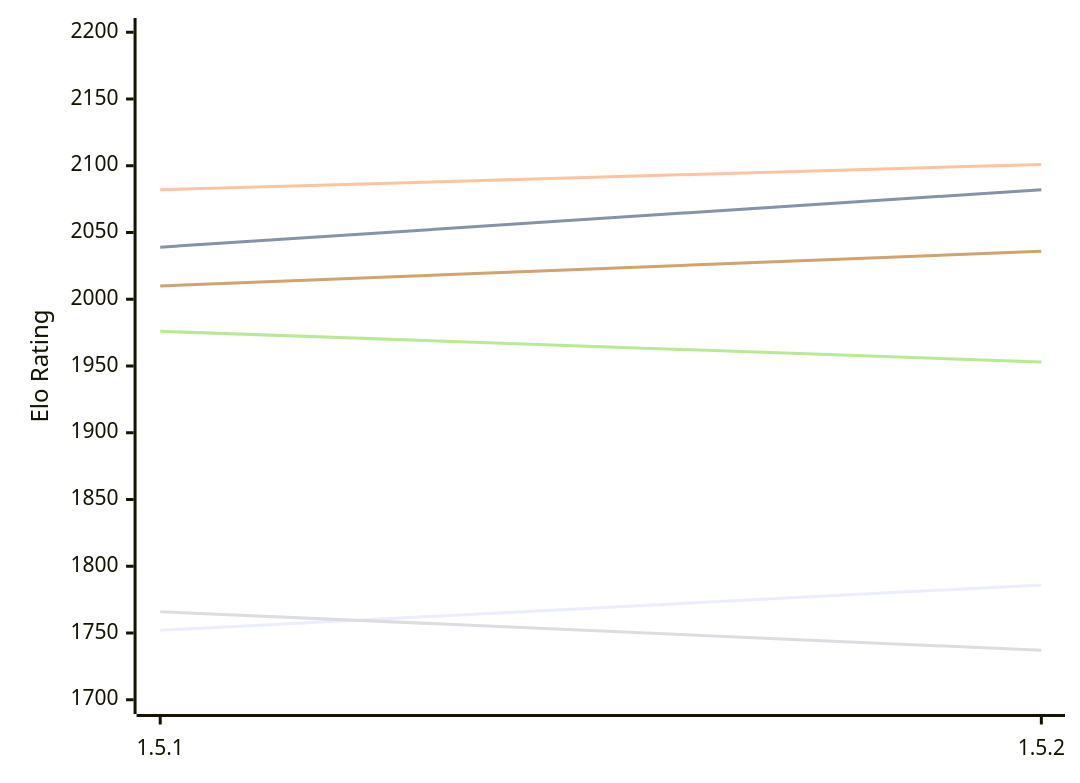
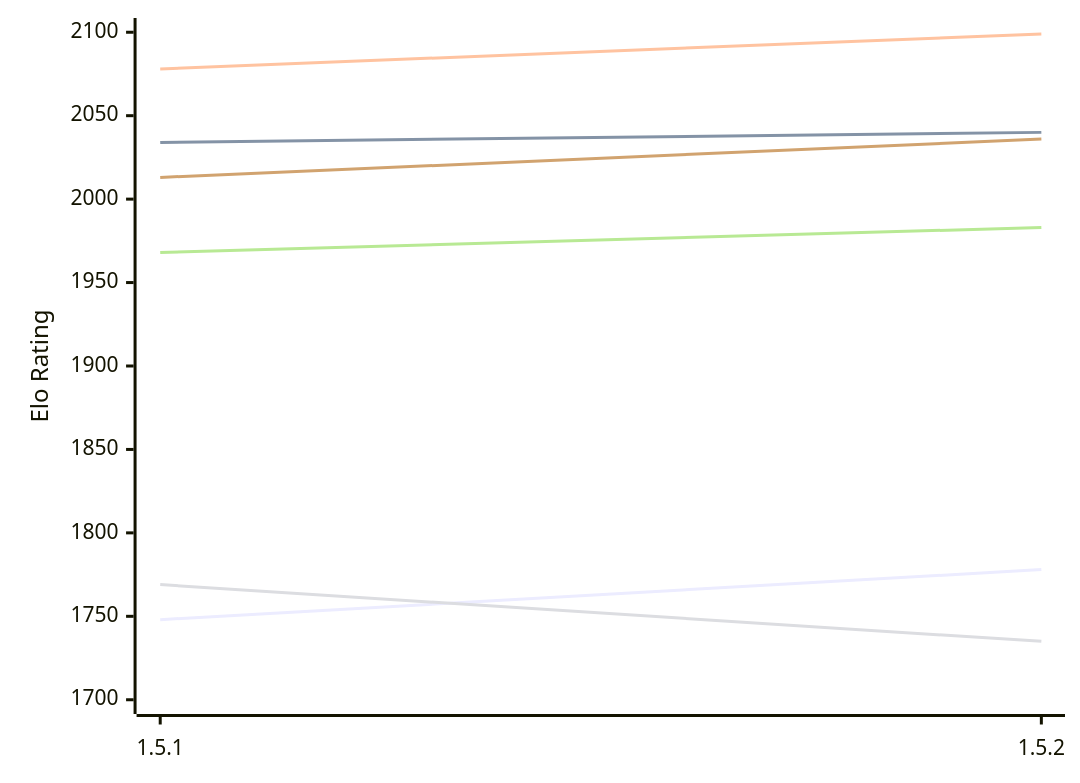
The diagram in engines/Jace.md (computer-chess-index/cci), drawn with Mermaid before and after one commit. The commit also changed other lines of this file, not shown here.

Commit message:
Update CCI Ratings (ELO VLTC) - 2026-11-21

````diff
--- a/engines/Jace.md
+++ b/engines/Jace.md
@@ -49,12 +49,12 @@
 ```mermaid
 %%{init: {"theme":"base","themeVariables":{"seriesColors:['#a3a3a3','#222221','#faa371']}}}%%
 xychart-beta
   x-axis ["1.5.1", "1.5.2"]
-  y-axis "Elo Rating" 1700 --> 2200
-  line "E1: STC (8.0+0.08s)" [1752, 1786]
-  line "E1: LTC (60.0+0.60s)" [2039, 2082]
-  line "E1: VLTC (2m24s+1.12s)" [2082, 2101]
-  line "P1: STC (8.0+0.08s)" [1766, 1737]
-  line "P1: LTC (60.0+0.60s)" [1976, 1953]
-  line "P1: VLTC (2m24s+1.12s)" [2010, 2036]
+  y-axis "Elo Rating" 1700 --> 2100
+  line "E1: STC (8.0+0.08s)" [1748, 1778]
+  line "E1: LTC (60.0+0.60s)" [2034, 2040]
+  line "E1: VLTC (2m24s+1.12s)" [2078, 2099]
+  line "P1: STC (8.0+0.08s)" [1769, 1735]
+  line "P1: LTC (60.0+0.60s)" [1968, 1983]
+  line "P1: VLTC (2m24s+1.12s)" [2013, 2036]
 ```
````
